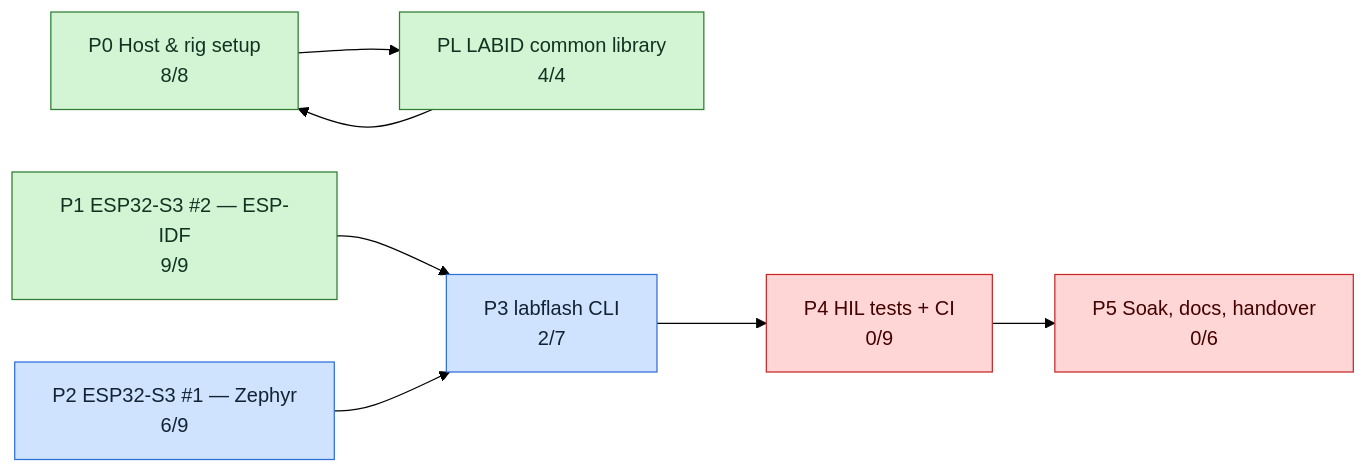
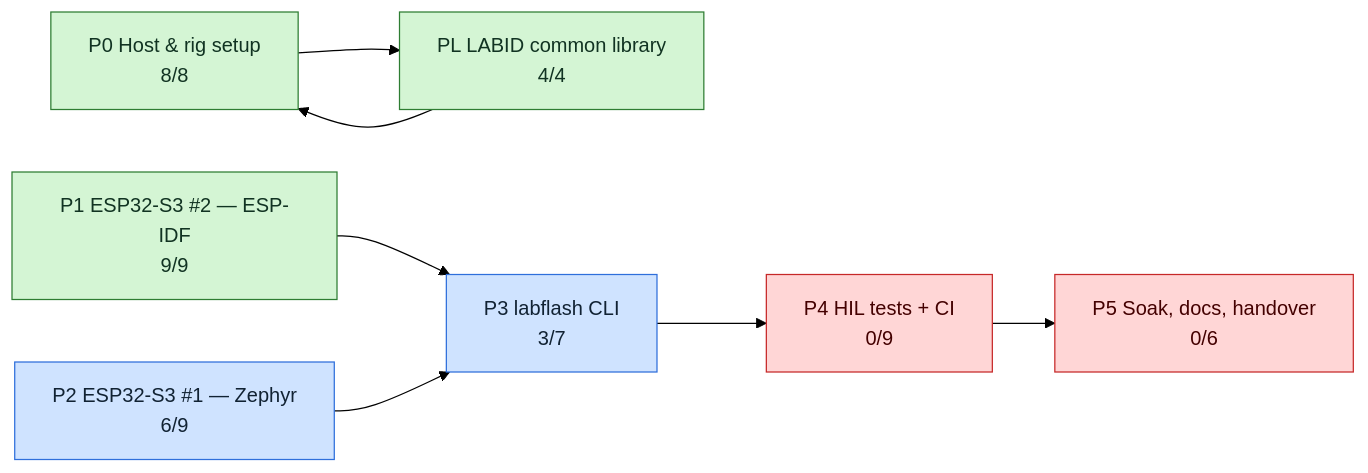
Before and after one commit to mohamed-soubhi/bootlab-esp: the second of 3 diagrams in tickets/TICKETS.md, drawn with Mermaid (forest theme). The commit also changed other lines of this file and 5 other files, not shown here.

````diff
--- a/tickets/TICKETS.md
+++ b/tickets/TICKETS.md
@@ -36,20 +36,20 @@
 ```mermaid
 flowchart LR
     E0["P0 Host & rig setup<br/>8/8"]:::done
     EL["PL LABID common library<br/>4/4"]:::done
     E1["P1 ESP32-S3 #2 — ESP-IDF<br/>9/9"]:::done
     E2["P2 ESP32-S3 #1 — Zephyr<br/>6/9"]:::doing
-    E3["P3 labflash CLI<br/>2/7"]:::doing
+    E3["P3 labflash CLI<br/>3/7"]:::doing
     E4["P4 HIL tests + CI<br/>0/9"]:::blocked
     E5["P5 Soak, docs, handover<br/>0/6"]:::blocked
     E0 --> EL
     E1 --> E3
     E2 --> E3
     E3 --> E4
     E4 --> E5
     EL --> E0
     classDef todo fill:#eeeeee,stroke:#999,color:#333
     classDef doing fill:#cfe3ff,stroke:#2f6fdb,color:#123
     classDef blocked fill:#ffd6d6,stroke:#c62828,color:#400
     classDef done fill:#d4f5d4,stroke:#2e7d32,color:#132
 ```
````
